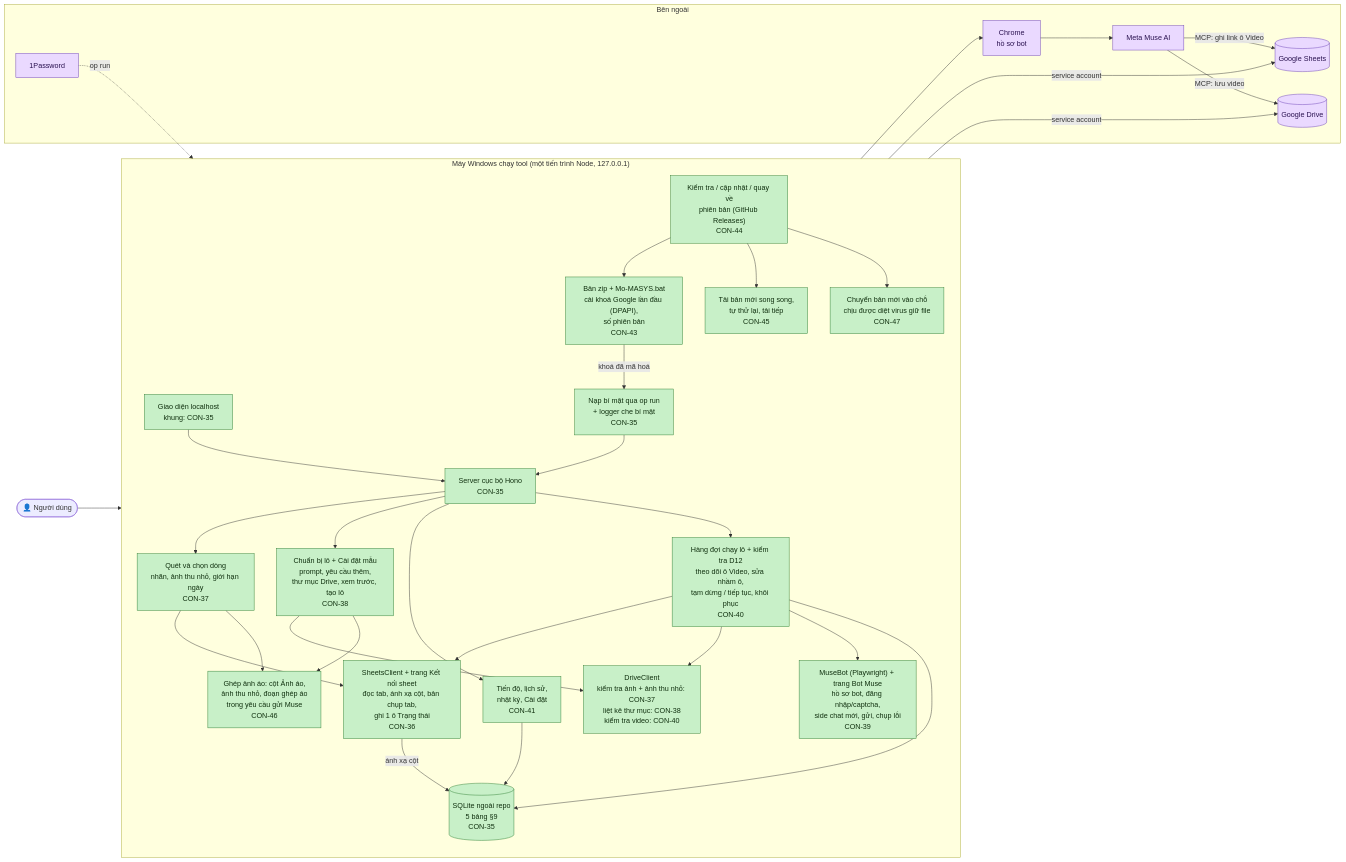
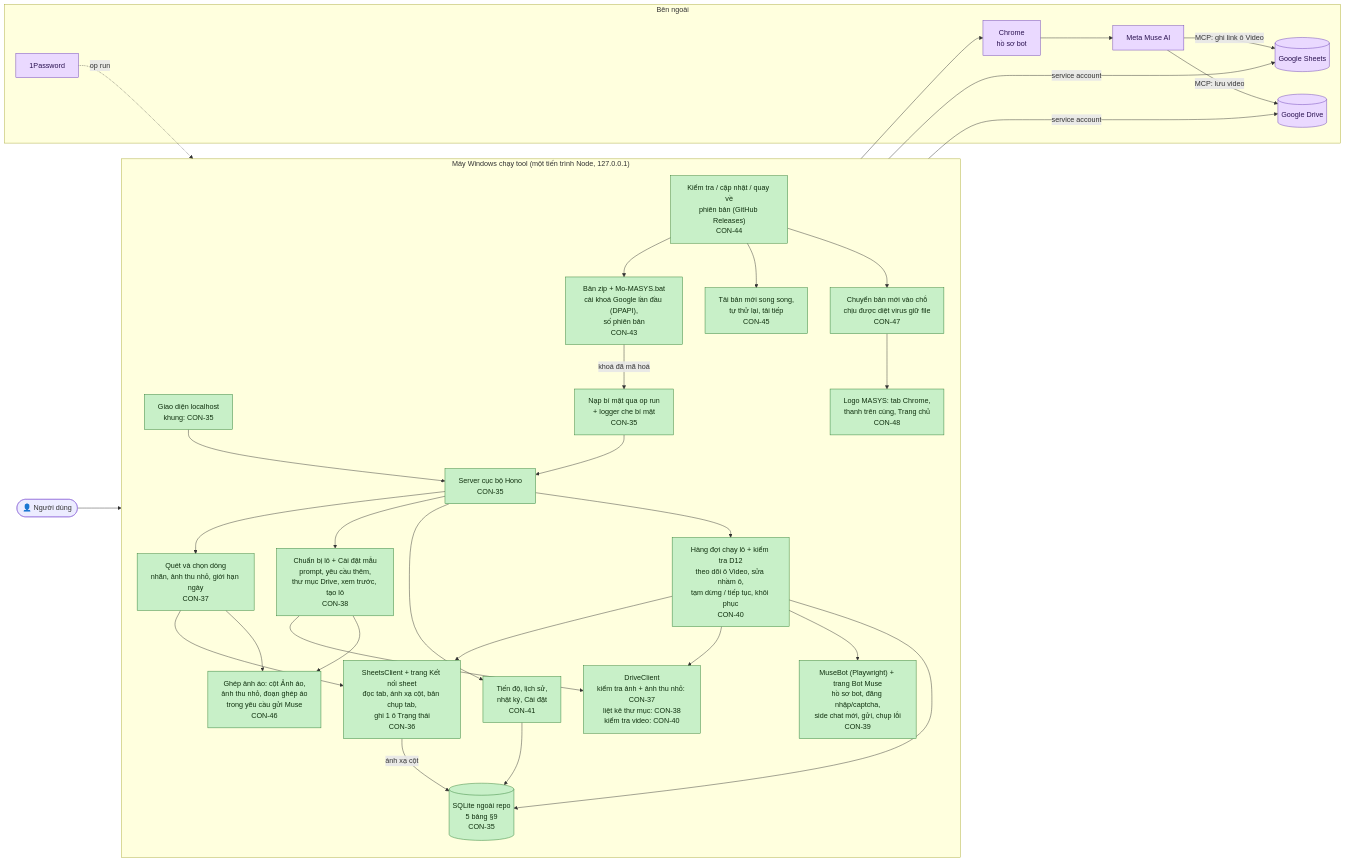
The diagram in TIEN-DO.md (Bach1711/MASYS-VIDEO-GENERATOR), drawn with Mermaid before and after one commit. The commit also changed other lines of this file and 11 other files, not shown here.

First line of the commit message:
CON-48: v1.1.2 — logo MASYS (#16)

````diff
--- a/TIEN-DO.md
+++ b/TIEN-DO.md
@@ -17,73 +17,76 @@
 ```mermaid
 flowchart LR
     user(["👤 Người dùng"])
 
     subgraph PC["Máy Windows chạy tool (một tiến trình Node, 127.0.0.1)"]
         direction TB
         ui["Giao diện localhost<br/>khung: CON-35"]
         server["Server cục bộ Hono<br/>CON-35"]
         secrets["Nạp bí mật qua op run<br/>+ logger che bí mật<br/>CON-35"]
         db[("SQLite ngoài repo<br/>5 bảng §9<br/>CON-35")]
 
         sheet["SheetsClient + trang Kết nối sheet<br/>đọc tab, ánh xạ cột, bản chụp tab,<br/>ghi 1 ô Trạng thái<br/>CON-36"]
         scan["Quét và chọn dòng<br/>nhãn, ảnh thu nhỏ, giới hạn ngày<br/>CON-37"]
         editor["Chuẩn bị lô + Cài đặt mẫu<br/>prompt, yêu cầu thêm,<br/>thư mục Drive, xem trước, tạo lô<br/>CON-38"]
         bot["MuseBot (Playwright) + trang Bot Muse<br/>hồ sơ bot, đăng nhập/captcha,<br/>side chat mới, gửi, chụp lỗi<br/>CON-39"]
         queue["Hàng đợi chạy lô + kiểm tra D12<br/>theo dõi ô Video, sửa nhầm ô,<br/>tạm dừng / tiếp tục, khôi phục<br/>CON-40"]
         drive["DriveClient<br/>kiểm tra ảnh + ảnh thu nhỏ: CON-37<br/>liệt kê thư mục: CON-38<br/>kiểm tra video: CON-40"]
         progress["Tiến độ, lịch sử,<br/>nhật ký, Cài đặt<br/>CON-41"]
         pack["Bản zip + Mo-MASYS.bat<br/>cài khoá Google lần đầu (DPAPI),<br/>số phiên bản<br/>CON-43"]
         update["Kiểm tra / cập nhật / quay về<br/>phiên bản (GitHub Releases)<br/>CON-44"]
         download["Tải bản mới song song,<br/>tự thử lại, tải tiếp<br/>CON-45"]
         placing["Chuyển bản mới vào chỗ<br/>chịu được diệt virus giữ file<br/>CON-47"]
+        logo["Logo MASYS: tab Chrome,<br/>thanh trên cùng, Trang chủ<br/>CON-48"]
         shirt["Ghép ảnh áo: cột Ảnh áo,<br/>ảnh thu nhỏ, đoạn ghép áo<br/>trong yêu cầu gửi Muse<br/>CON-46"]
     end
 
     subgraph EXT["Bên ngoài"]
         gsheets[("Google Sheets")]
         gdrive[("Google Drive")]
         chrome["Chrome<br/>hồ sơ bot"]
         muse["Meta Muse AI"]
         op["1Password"]
     end
 
     user --> ui --> server
     server --> scan & editor & progress
     scan --> sheet
     editor --> drive
     server --> queue
     queue --> sheet & drive & bot
     queue --> db
     progress --> db
     sheet -- "ánh xạ cột" --> db
     sheet -- "service account" --> gsheets
     drive -- "service account" --> gdrive
     bot --> chrome --> muse
     muse -- "MCP: lưu video" --> gdrive
     muse -- "MCP: ghi link ô Video" --> gsheets
     op -. "op run" .-> secrets --> server
     pack -- "khoá đã mã hoá" --> secrets
     update --> pack
     update --> download
     update --> placing
+    placing --> logo
     scan --> shirt
     editor --> shirt
 
     classDef done fill:#c8f0c8,stroke:#2e7d32,color:#10300f
     classDef review fill:#cfe3ff,stroke:#1f5fbf,color:#0c2550
     classDef doing fill:#fff1b8,stroke:#b38600,color:#3d2e00
     classDef todo fill:#eeeeee,stroke:#9e9e9e,color:#333333
     classDef ext fill:#ead9ff,stroke:#6a3fb5,color:#2a1250
 
     class ui,server,secrets,db,sheet,scan,editor done
     class drive done
     class bot done
     class queue done
     class progress done
     class pack done
     class update done
     class download done
     class shirt done
     class placing done
+    class logo done
     class gsheets,gdrive,chrome,muse,op ext
 ```
````
